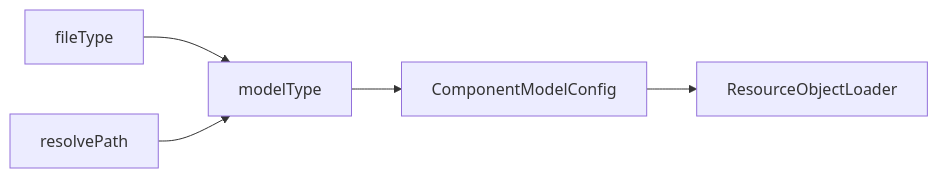
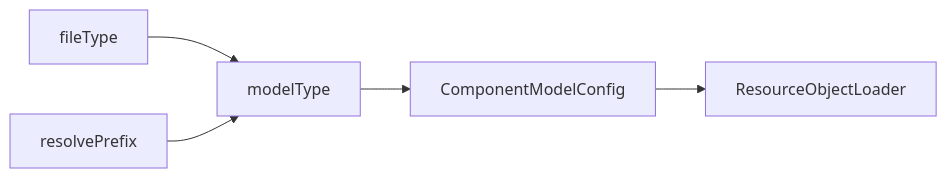
One commit to entropy-cloud/nop-entropy changed the diagram in docs/dev-guide/vfs/model-loader.md. Above: the diagram before and after it, drawn with Mermaid. The commit also changed other lines of this file and 1 other file, not shown here.

````diff
--- a/docs/dev-guide/vfs/model-loader.md
+++ b/docs/dev-guide/vfs/model-loader.md
@@ -5,10 +64,10 @@
 ```mermaid
 graph LR
 
 fileType --> modelType --> ComponentModelConfig
 
-resolvePath --> modelType
+resolvePrefix --> modelType
 
 ComponentModelConfig --> ResourceObjectLoader
 
 ```
````
